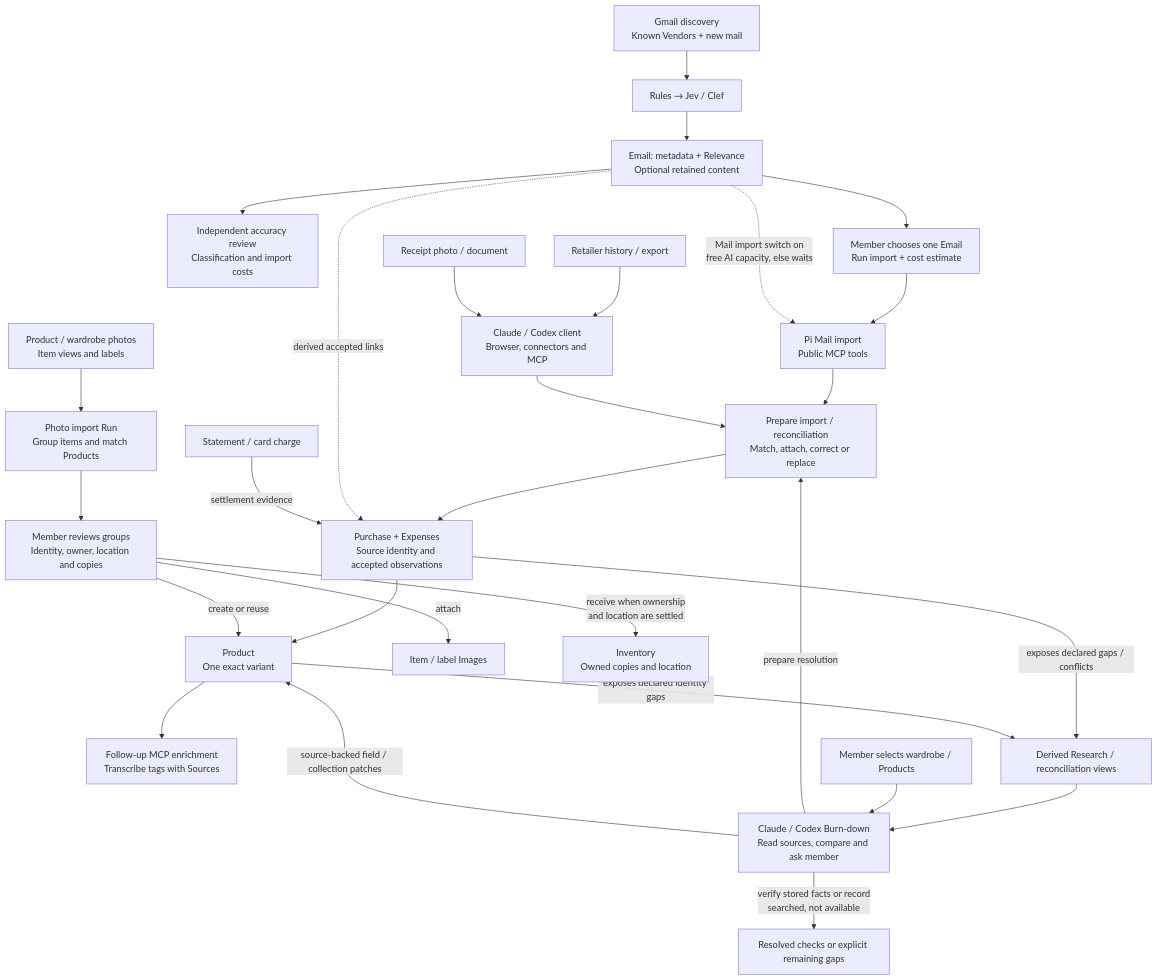
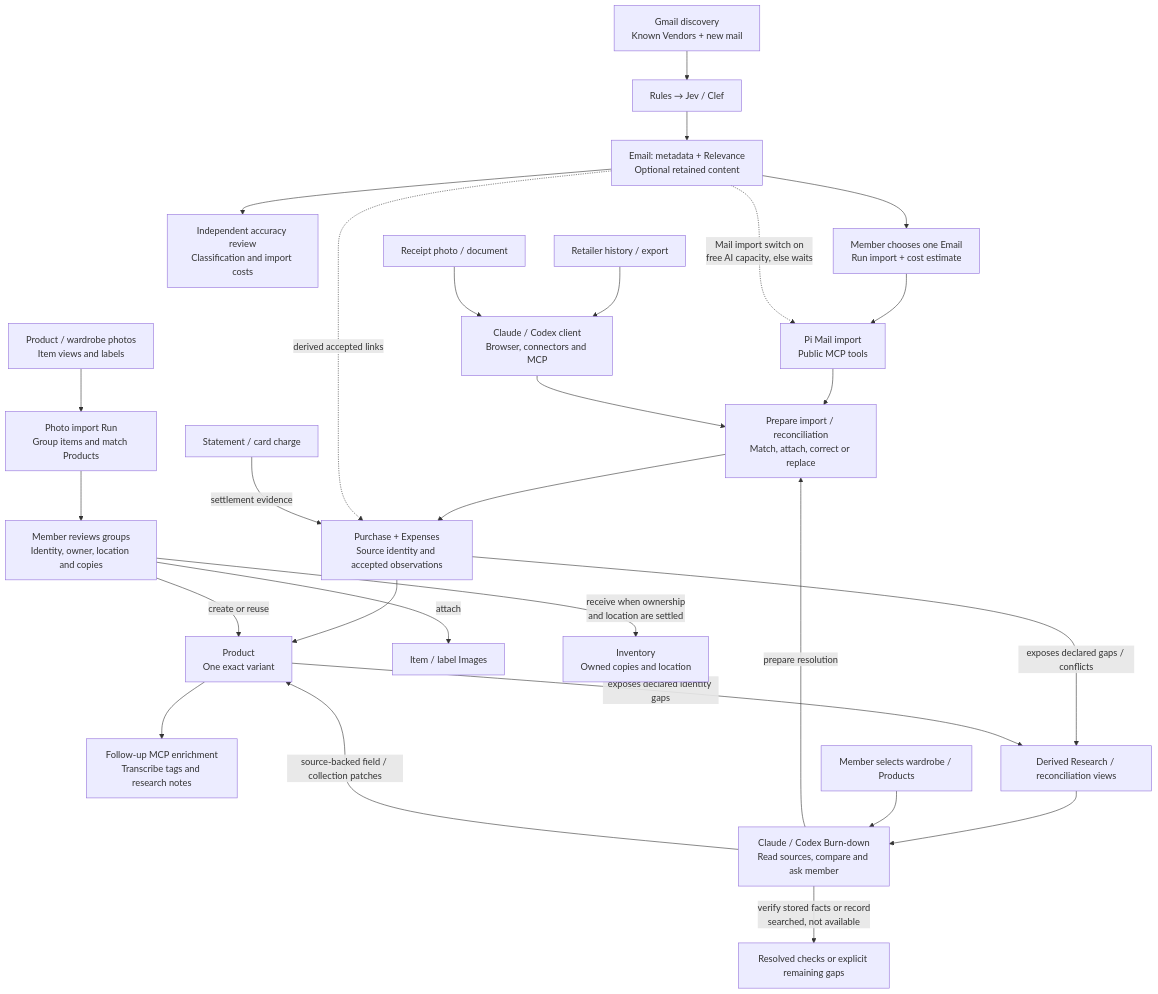
One commit to nickysemenza/cubby changed the third of 3 diagrams in README.md. Above: the diagram before and after it, drawn with Mermaid. The commit also changed other lines of this file and 10 other files, not shown here.

````diff
--- a/README.md
+++ b/README.md
@@ -322,33 +322,33 @@
 ```mermaid
 flowchart TB
   Gmail["Gmail discovery<br/>Known Vendors + new mail"] --> Classify["Rules → Jev / Clef"]
   Classify --> Email["Email: metadata + Relevance<br/>Optional retained content"]
   Email --> Accuracy["Independent accuracy review<br/>Classification and import costs"]
   Email --> Manual["Member chooses one Email<br/>Run import + cost estimate"]
   Manual --> Pi["Pi Mail import<br/>Public MCP tools"]
   Email -. "Mail import switch on<br/>free AI capacity, else waits" .-> Pi
 
   Retailer["Retailer history / export"] --> Client["Claude / Codex client<br/>Browser, connectors and MCP"]
   Receipt["Receipt photo / document"] --> Client
   Pi --> Import["Prepare import / reconciliation<br/>Match, attach, correct or replace"]
   Client --> Import
   Import --> Purchase["Purchase + Expenses<br/>Source identity and accepted observations"]
   Purchase --> Product["Product<br/>One exact variant"]
   Email -. "derived accepted links" .-> Purchase
   Statement["Statement / card charge"] -- "settlement evidence" --> Purchase
 
   Photos["Product / wardrobe photos<br/>Item views and labels"] --> Groups["Photo import Run<br/>Group items and match Products"]
   Groups --> Approval["Member reviews groups<br/>Identity, owner, location and copies"]
   Approval -- "create or reuse" --> Product
   Approval -- "attach" --> Images["Item / label Images"]
   Approval -- "receive when ownership<br/>and location are settled" --> Inventory["Inventory<br/>Owned copies and location"]
-  Product --> TagReview["Follow-up MCP enrichment<br/>Transcribe tags with Sources"]
+  Product --> TagReview["Follow-up MCP enrichment<br/>Transcribe tags and research notes"]
 
   Purchase -- "exposes declared gaps / conflicts" --> Queue["Derived Research / reconciliation views"]
   Product -- "exposes declared identity gaps" --> Queue
   Queue --> Burn["Claude / Codex Burn-down<br/>Read sources, compare and ask member"]
   Wardrobe["Member selects wardrobe / Products"] --> Burn
   Burn -- "prepare resolution" --> Import
   Burn -- "source-backed field / collection patches" --> Product
   Burn -- "verify stored facts or record<br/>searched, not available" --> Result["Resolved checks or explicit remaining gaps"]
 ```
````
